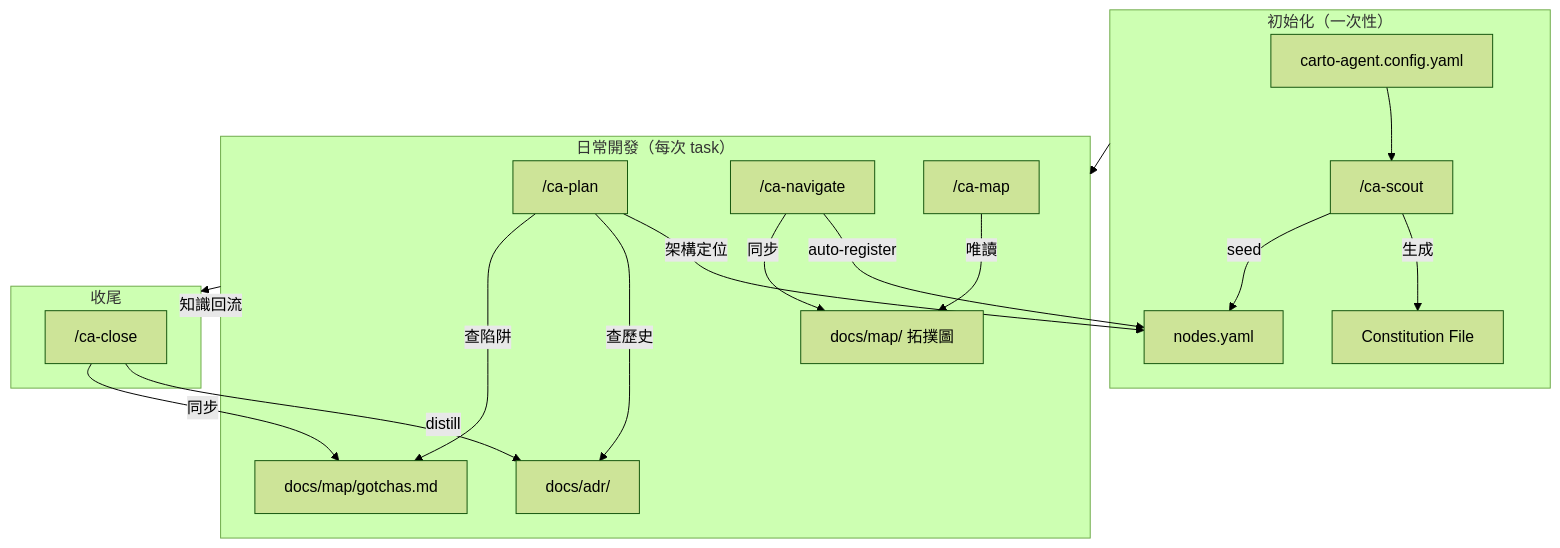
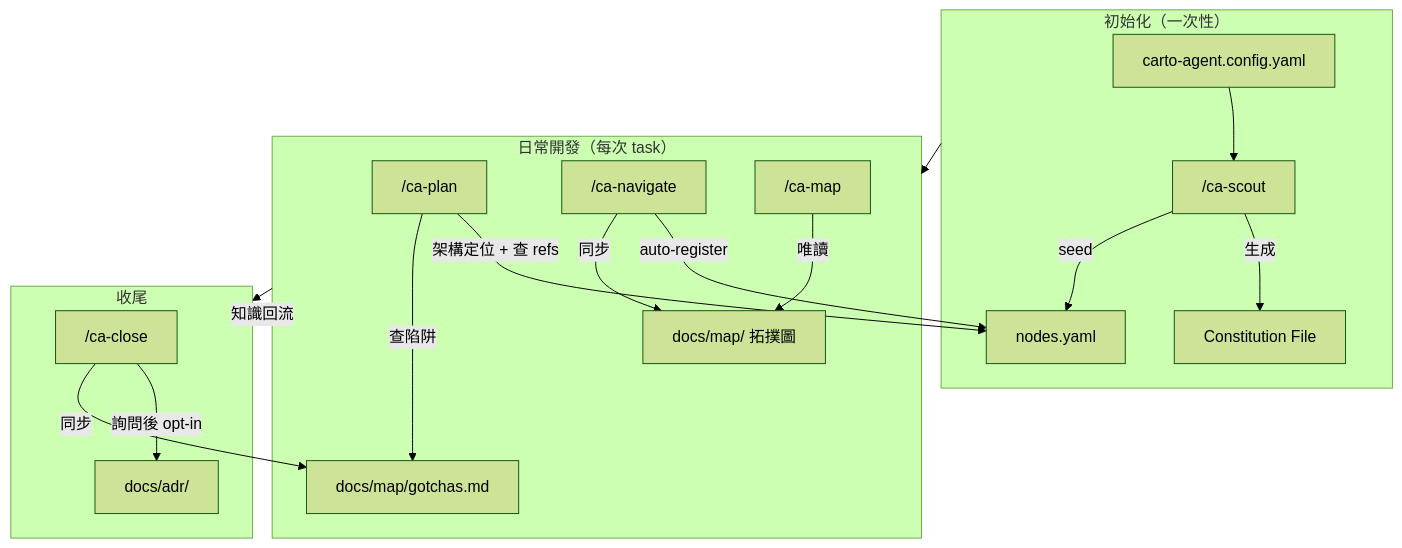
The first of 3 diagrams in README.md (FreddyCro/carto-agent), drawn with Mermaid (forest theme) before and after one commit. The commit also changed other lines of this file and 3 other files, not shown here.

Commit message:
chore: updated workflow documentation for `/ca-close` and `/ca-plan`

````diff
--- a/README.md
+++ b/README.md
@@ -70,32 +70,31 @@
 ```mermaid
 flowchart TB
     subgraph Init["初始化（一次性）"]
         Config["carto-agent.config.yaml"]
         Scout["/ca-scout"]
         Config --> Scout
         Scout -->|生成| Constitution["Constitution File"]
         Scout -->|seed| Nodes["nodes.yaml"]
     end
 
     subgraph Daily["日常開發（每次 task）"]
         Plan["/ca-plan"]
         Navigate["/ca-navigate"]
         Map["/ca-map"]
 
-        Plan -->|架構定位| Nodes
-        Plan -->|查歷史| ADR["docs/adr/"]
+        Plan -->|架構定位 + 查 refs| Nodes
         Plan -->|查陷阱| Gotchas["docs/map/gotchas.md"]
         Navigate -->|auto-register| Nodes
         Navigate -->|同步| Topology["docs/map/ 拓撲圖"]
         Map -->|唯讀| Topology
     end
 
     subgraph Finish["收尾"]
         CaClose["/ca-close"]
-        CaClose -->|distill| ADR
+        CaClose -->|詢問後 opt-in| ADR["docs/adr/"]
         CaClose -->|同步| Gotchas
     end
 
     Init --> Daily --> Finish
     Finish -.->|知識回流| Daily
 ```
````
